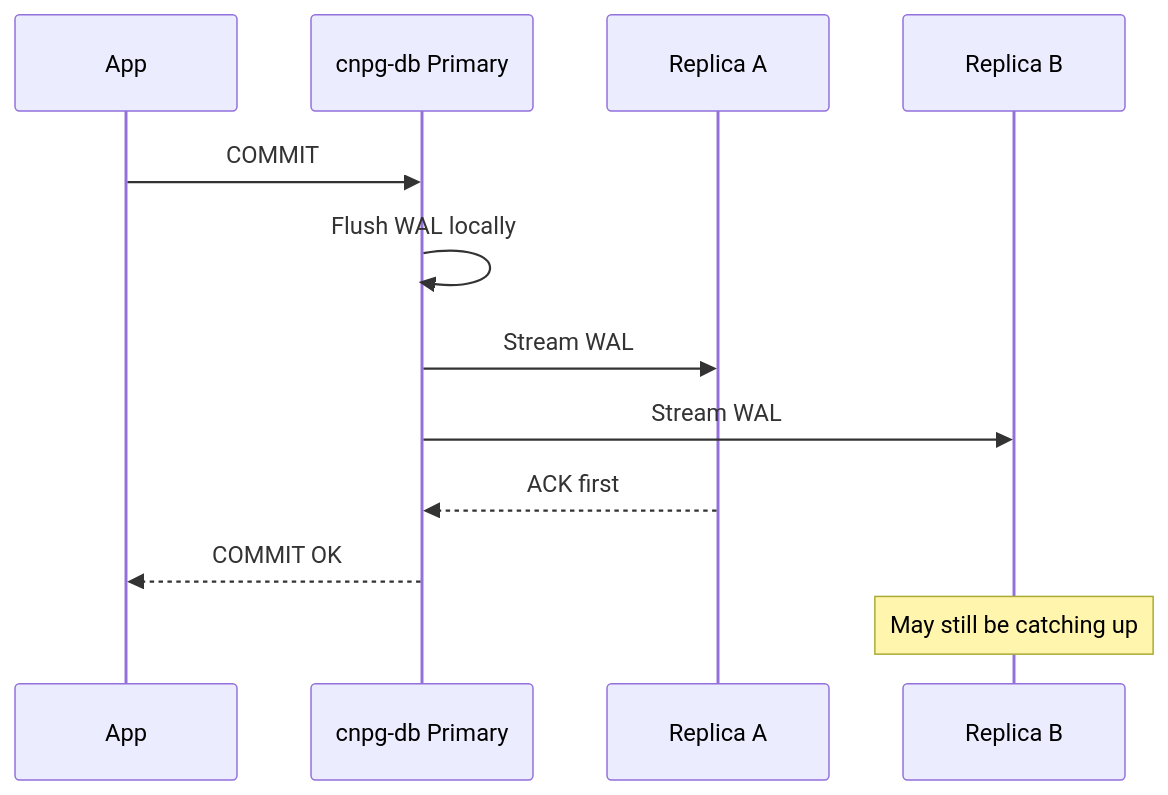
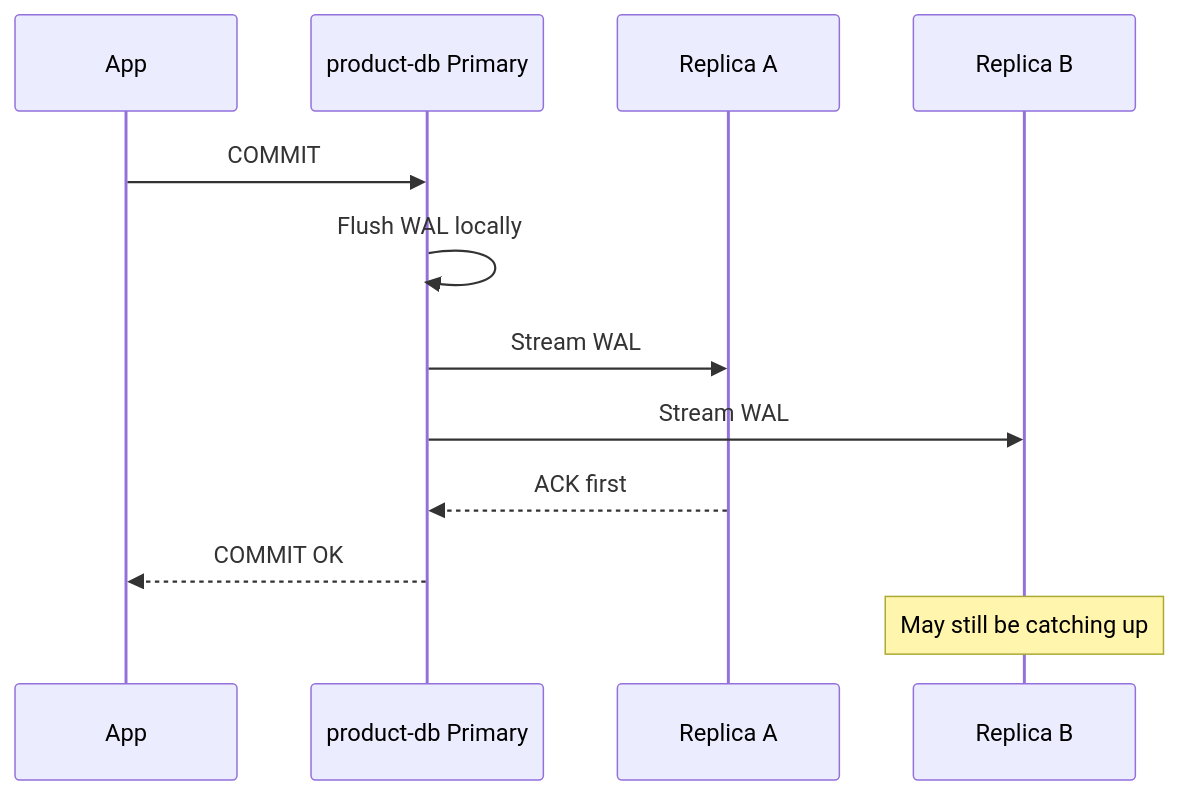
The third of 7 diagrams in docs/databases/010-drp.md (duynhlab/homelab), drawn with Mermaid before and after one commit. The commit also changed other lines of this file and 243 other files, not shown here.

````diff
--- a/docs/databases/010-drp.md
+++ b/docs/databases/010-drp.md
@@ -237,15 +236,15 @@
 ```mermaid
 sequenceDiagram
   participant App
-  participant Primary as cnpg-db Primary
+  participant Primary as product-db Primary
   participant ReplicaA as Replica A
   participant ReplicaB as Replica B
 
   App->>Primary: COMMIT
   Primary->>Primary: Flush WAL locally
   Primary->>ReplicaA: Stream WAL
   Primary->>ReplicaB: Stream WAL
   ReplicaA-->>Primary: ACK first
   Primary-->>App: COMMIT OK
   Note over ReplicaB: May still be catching up
 ```
````
